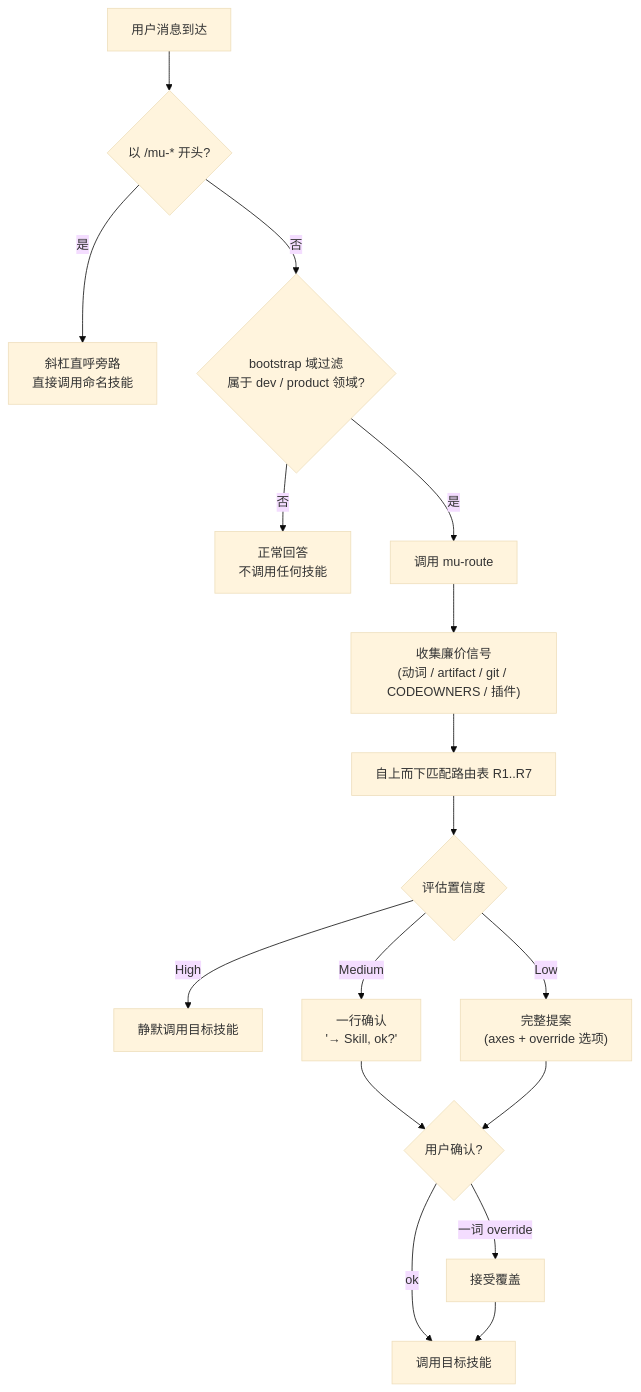
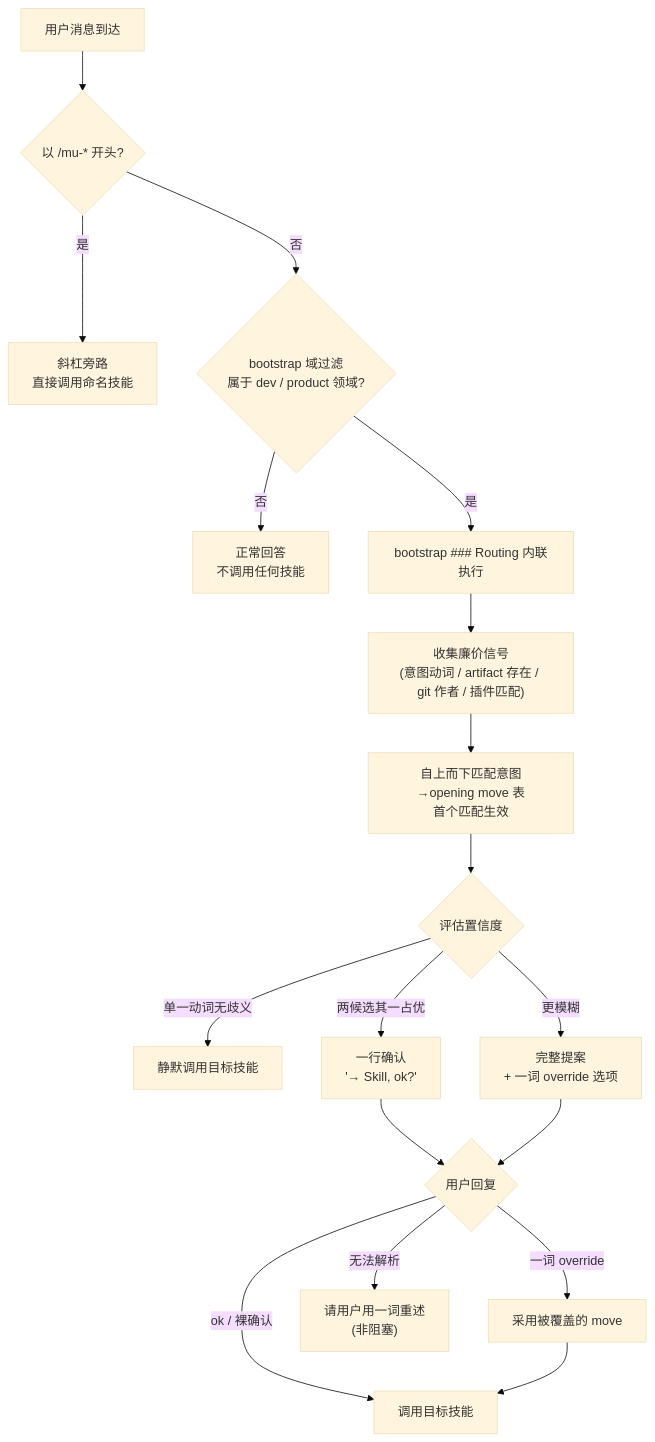
The diagram in docs/wiki/workflow-and-routing.md (knotmark-ai/devmuse), drawn with Mermaid (base theme) before and after one commit. The commit also changed other lines of this file and 7 other files, not shown here.

````diff
--- a/docs/wiki/workflow-and-routing.md
+++ b/docs/wiki/workflow-and-routing.md
@@ -23,18 +24,19 @@
 ```mermaid
 graph TD
     A["用户消息到达"] --> B{"以 /mu-* 开头?"}
-    B -->|"是"| C["斜杠直呼旁路<br/>直接调用命名技能"]
+    B -->|"是"| C["斜杠旁路<br/>直接调用命名技能"]
     B -->|"否"| D{"bootstrap 域过滤<br/>属于 dev / product 领域?"}
     D -->|"否"| E["正常回答<br/>不调用任何技能"]
-    D -->|"是"| F["调用 mu-route"]
-    F --> G["收集廉价信号<br/>(动词 / artifact / git / CODEOWNERS / 插件)"]
-    G --> H["自上而下匹配路由表 R1..R7"]
+    D -->|"是"| F["bootstrap ### Routing 内联执行"]
+    F --> G["收集廉价信号<br/>(意图动词 / artifact 存在 / git 作者 / 插件匹配)"]
+    G --> H["自上而下匹配意图→opening move 表<br/>首个匹配生效"]
     H --> I{"评估置信度"}
-    I -->|"High"| J["静默调用目标技能"]
-    I -->|"Medium"| K["一行确认<br/>'→ Skill, ok?'"]
-    I -->|"Low"| L["完整提案<br/>(axes + override 选项)"]
-    K --> M{"用户确认?"}
+    I -->|"单一动词无歧义"| J["静默调用目标技能"]
+    I -->|"两候选其一占优"| K["一行确认<br/>'→ Skill, ok?'"]
+    I -->|"更模糊"| L["完整提案<br/>+ 一词 override 选项"]
+    K --> M{"用户回复"}
     L --> M
-    M -->|"ok"| N["调用目标技能"]
-    M -->|"一词 override"| O["接受覆盖"] --> N
+    M -->|"ok / 裸确认"| N["调用目标技能"]
+    M -->|"一词 override"| O["采用被覆盖的 move"] --> N
+    M -->|"无法解析"| P["请用户用一词重述<br/>(非阻塞)"]
 ```
````
